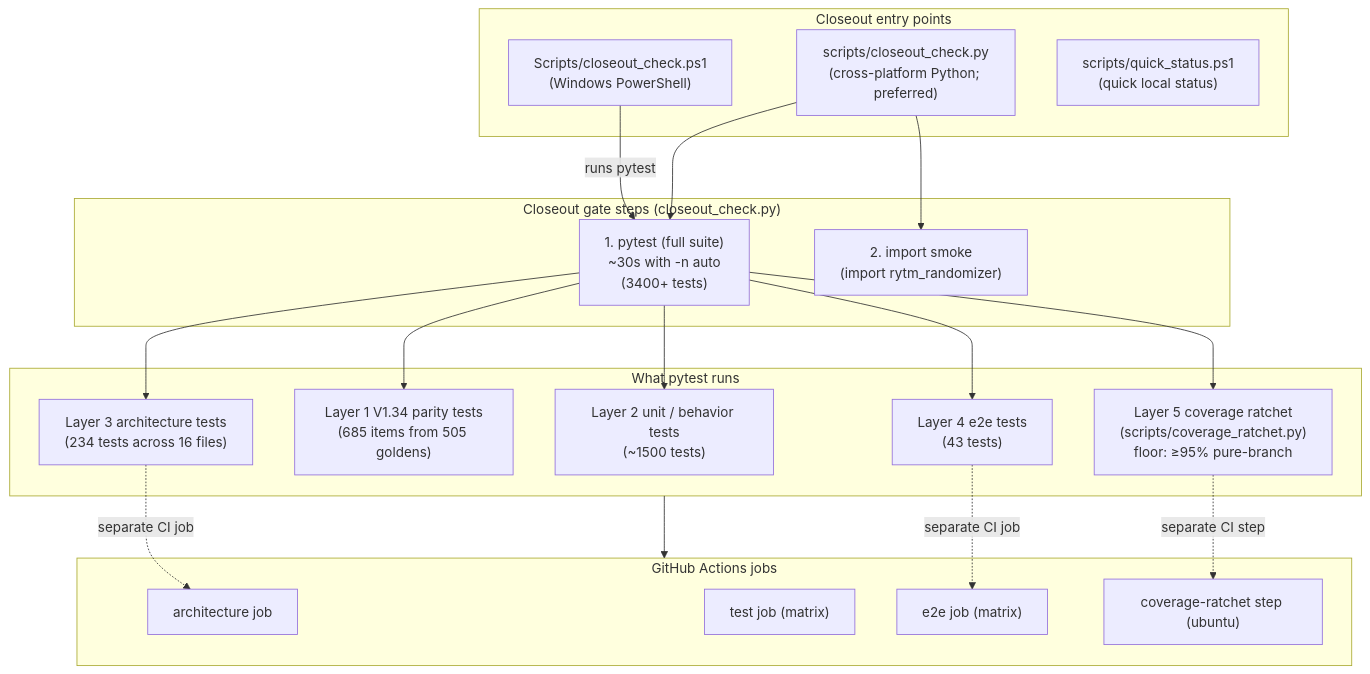
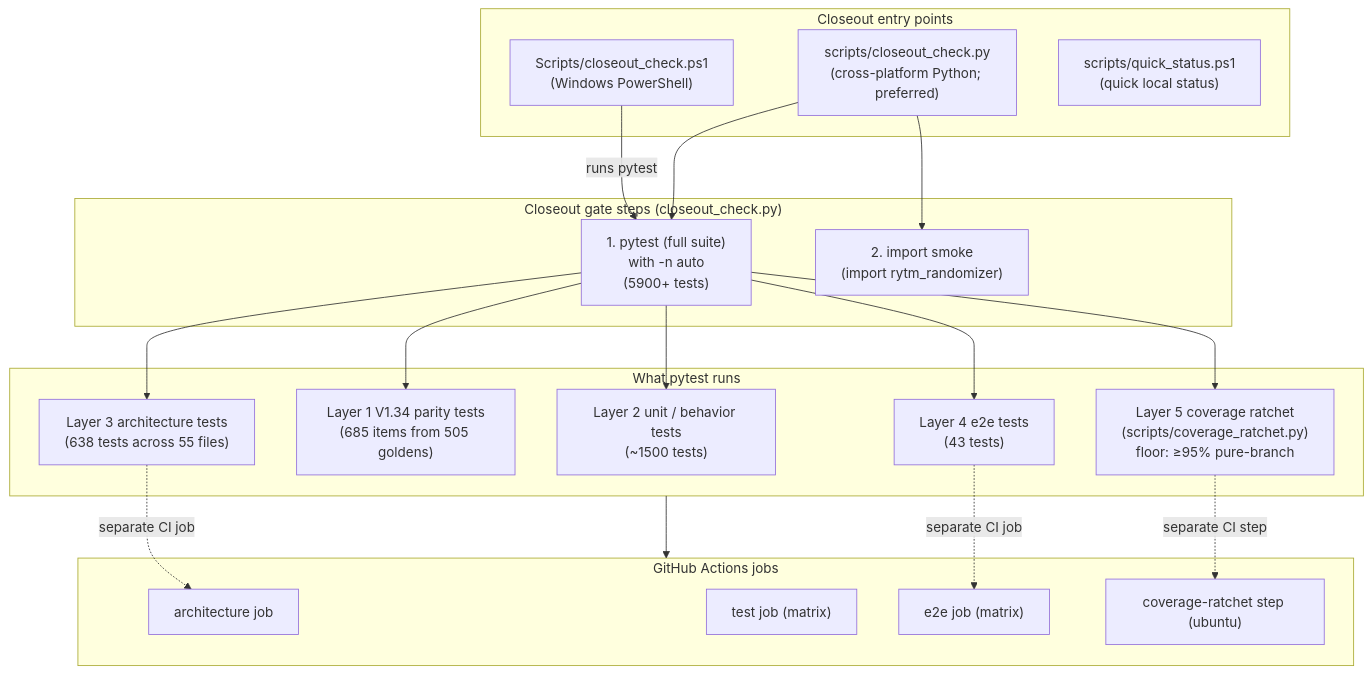
One commit to buzzijose-hub/RytmRandomizer changed diagram 24 of 34 in docs/ARCHITECTURE_DIAGRAMS.md. Above: the diagram before and after it, drawn with Mermaid. The commit also changed other lines of this file and 21 other files, not shown here.

````diff
--- a/docs/ARCHITECTURE_DIAGRAMS.md
+++ b/docs/ARCHITECTURE_DIAGRAMS.md
@@ -1626,43 +1648,43 @@
 ```mermaid
 flowchart TB
     subgraph Entry["Closeout entry points"]
         CloseoutPS1["Scripts/closeout_check.ps1<br/>(Windows PowerShell)"]
         CloseoutPy["scripts/closeout_check.py<br/>(cross-platform Python; preferred)"]
         QuickStatus["scripts/quick_status.ps1<br/>(quick local status)"]
     end
 
     subgraph GateSteps["Closeout gate steps (closeout_check.py)"]
-        Step1["1. pytest (full suite)<br/>~30s with -n auto<br/>(3400+ tests)"]
+        Step1["1. pytest (full suite)<br/>with -n auto<br/>(5900+ tests)"]
         Step2["2. import smoke<br/>(import rytm_randomizer)"]
     end
 
     subgraph PytestLayers["What pytest runs"]
         PassiveTests["Layer 2 unit / behavior tests<br/>(~1500 tests)"]
         ParityTests["Layer 1 V1.34 parity tests<br/>(685 items from 505 goldens)"]
-        ArchTests["Layer 3 architecture tests<br/>(234 tests across 16 files)"]
+        ArchTests["Layer 3 architecture tests<br/>(638 tests across 55 files)"]
         E2ETests["Layer 4 e2e tests<br/>(43 tests)"]
         CovStep["Layer 5 coverage ratchet<br/>(scripts/coverage_ratchet.py)<br/>floor: ≥95% pure-branch"]
     end
 
     subgraph CIJobs["GitHub Actions jobs"]
         CIArch["architecture job"]
         CITest["test job (matrix)"]
         CIE2E["e2e job (matrix)"]
         CIRatchet["coverage-ratchet step (ubuntu)"]
     end
 
     CloseoutPS1 -->|"runs pytest"| Step1
     CloseoutPy --> Step1
     CloseoutPy --> Step2
 
     Step1 --> PassiveTests
     Step1 --> ParityTests
     Step1 --> ArchTests
     Step1 --> E2ETests
     Step1 --> CovStep
 
     PytestLayers --> CIJobs
     ArchTests -.->|"separate CI job"| CIArch
     E2ETests -.->|"separate CI job"| CIE2E
     CovStep -.->|"separate CI step"| CIRatchet
 ```
````
